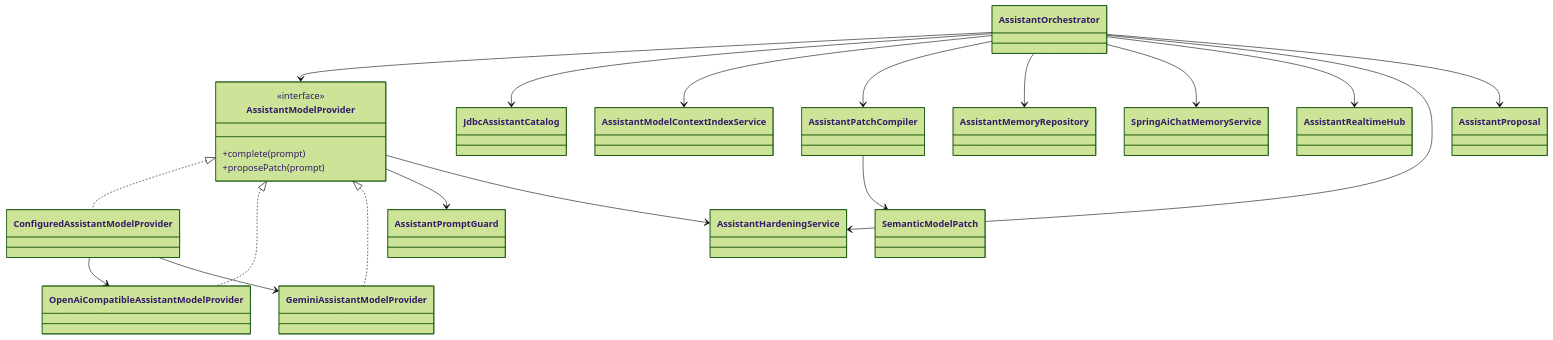
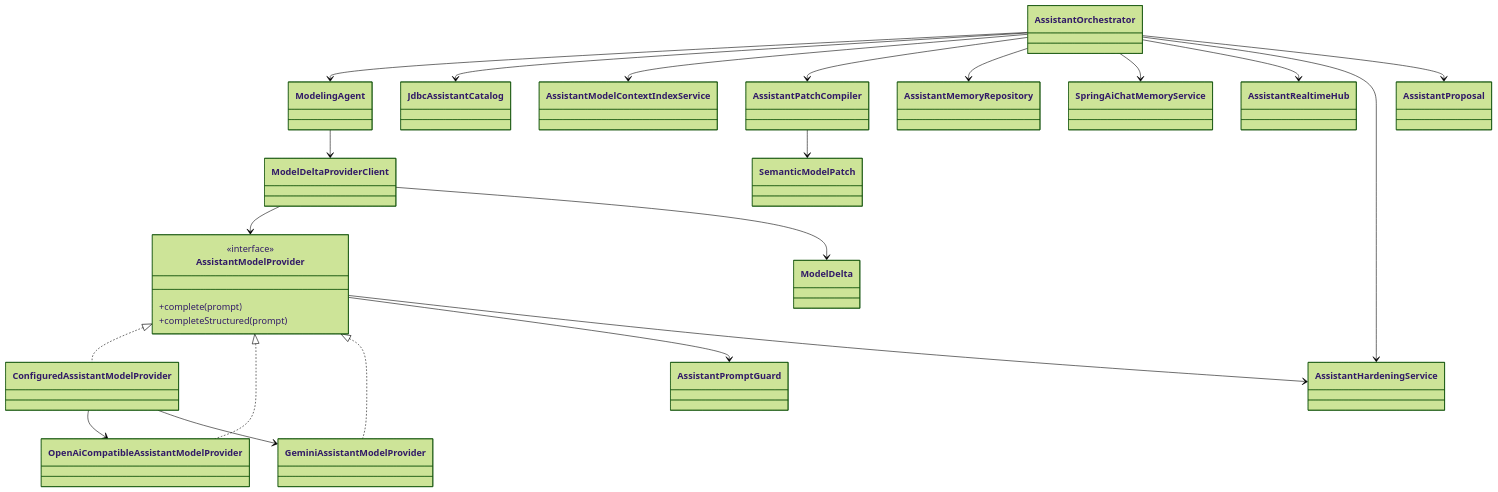
The third of 3 diagrams in docs/diagrams/06-core-class-relations.md (mehdieidi/modriss), drawn with Mermaid (forest theme) before and after one commit. The commit also changed 130 other files, not shown here.

Commit message:
feat(ai): enhance the modeling agent

````diff
--- a/docs/diagrams/06-core-class-relations.md
+++ b/docs/diagrams/06-core-class-relations.md
@@ -114,40 +114,46 @@
 ```mermaid
 classDiagram
     class AssistantOrchestrator
     class AssistantModelProvider {
         <<interface>>
         +complete(prompt)
-        +proposePatch(prompt)
+        +completeStructured(prompt)
     }
+    class ModelingAgent
+    class ModelDeltaProviderClient
+    class ModelDelta
     class ConfiguredAssistantModelProvider
     class OpenAiCompatibleAssistantModelProvider
     class GeminiAssistantModelProvider
     class JdbcAssistantCatalog
     class AssistantModelContextIndexService
     class AssistantPatchCompiler
     class AssistantMemoryRepository
     class SpringAiChatMemoryService
     class AssistantRealtimeHub
     class AssistantHardeningService
     class AssistantPromptGuard
     class SemanticModelPatch
     class AssistantProposal
 
     AssistantModelProvider <|.. ConfiguredAssistantModelProvider
     AssistantModelProvider <|.. OpenAiCompatibleAssistantModelProvider
     AssistantModelProvider <|.. GeminiAssistantModelProvider
     ConfiguredAssistantModelProvider --> OpenAiCompatibleAssistantModelProvider
     ConfiguredAssistantModelProvider --> GeminiAssistantModelProvider
-    AssistantOrchestrator --> AssistantModelProvider
+    AssistantOrchestrator --> ModelingAgent
+    ModelingAgent --> ModelDeltaProviderClient
+    ModelDeltaProviderClient --> AssistantModelProvider
+    ModelDeltaProviderClient --> ModelDelta
     AssistantOrchestrator --> JdbcAssistantCatalog
     AssistantOrchestrator --> AssistantModelContextIndexService
     AssistantOrchestrator --> AssistantPatchCompiler
     AssistantOrchestrator --> AssistantMemoryRepository
     AssistantOrchestrator --> SpringAiChatMemoryService
     AssistantOrchestrator --> AssistantRealtimeHub
     AssistantOrchestrator --> AssistantHardeningService
     AssistantModelProvider --> AssistantPromptGuard
     AssistantModelProvider --> AssistantHardeningService
     AssistantPatchCompiler --> SemanticModelPatch
     AssistantOrchestrator --> AssistantProposal
 ```
````
